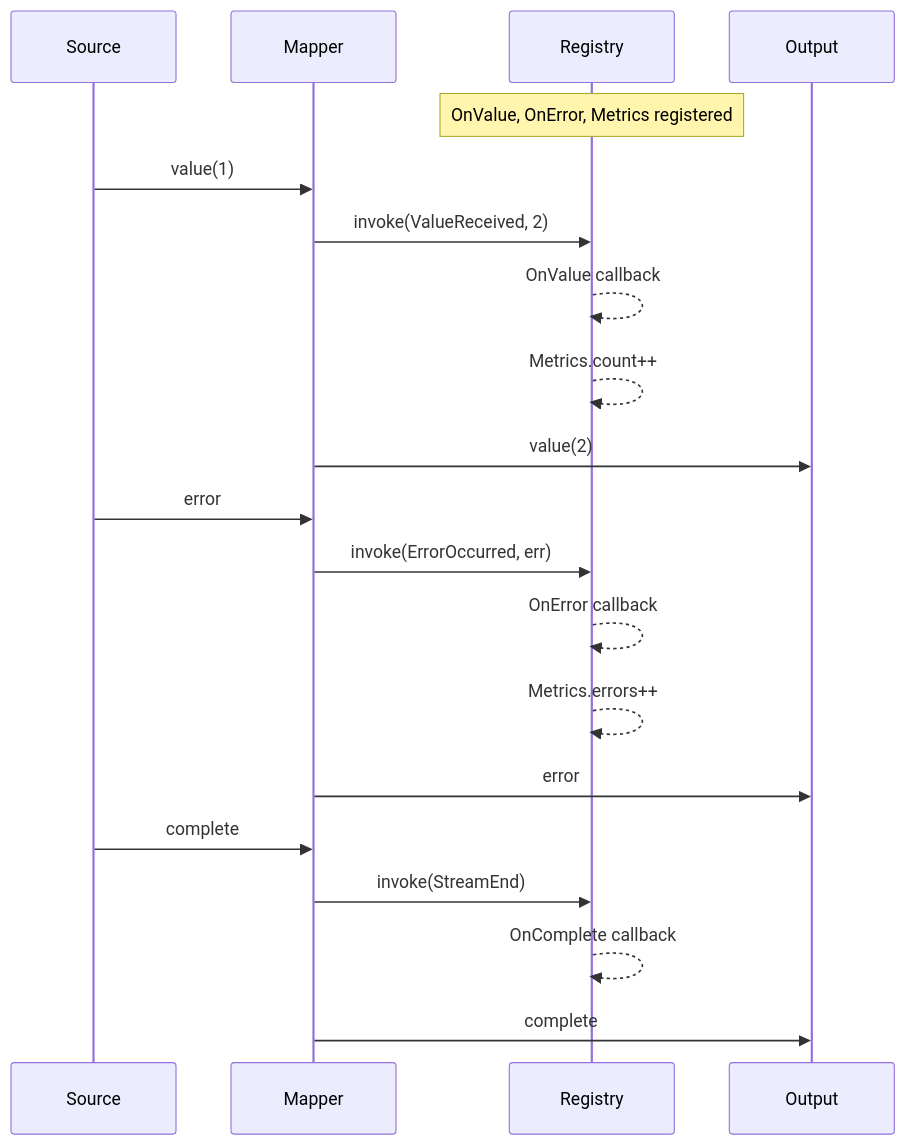
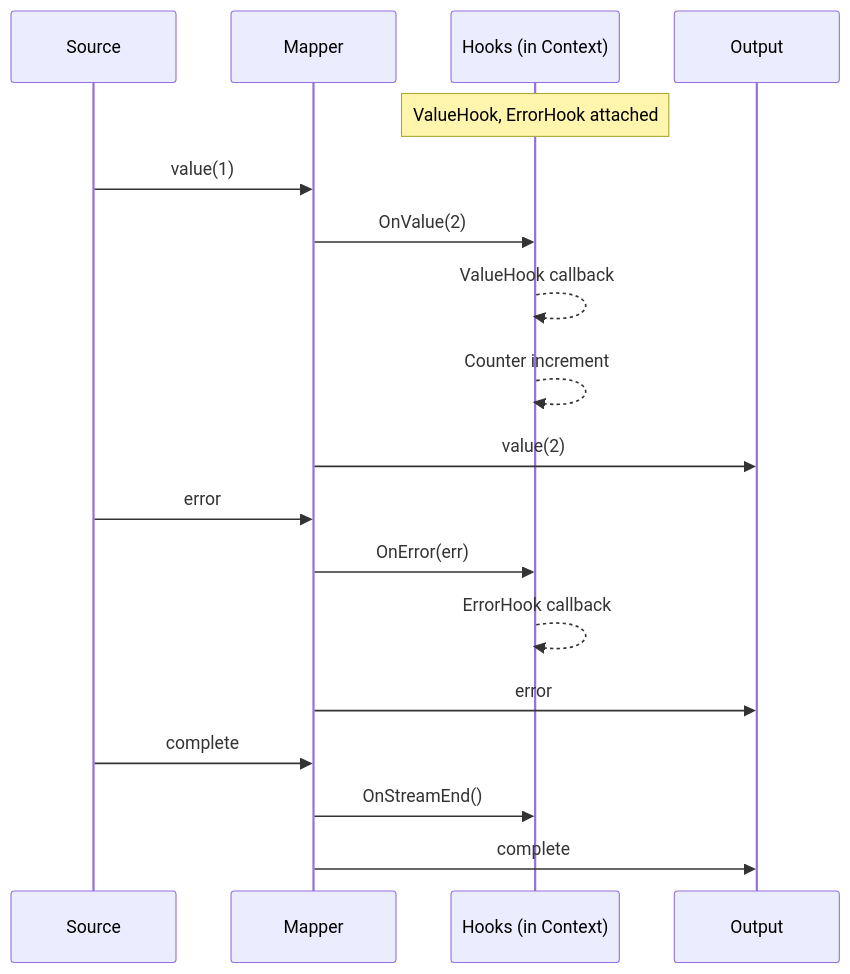
The second of 2 diagrams in flow/observe/README.md (helzpont/min-flow), drawn with Mermaid before and after one commit. The commit also changed other lines of this file and 26 other files, not shown here.

````diff
--- a/flow/observe/README.md
+++ b/flow/observe/README.md
@@ -159,26 +155,24 @@
 ```mermaid
 sequenceDiagram
     participant S as Source
     participant M as Mapper
-    participant R as Registry
+    participant H as Hooks (in Context)
     participant O as Output
 
-    Note over R: OnValue, OnError, Metrics registered
+    Note over H: ValueHook, ErrorHook attached
 
     S->>M: value(1)
-    M->>R: invoke(ValueReceived, 2)
-    R-->>R: OnValue callback
-    R-->>R: Metrics.count++
+    M->>H: OnValue(2)
+    H-->>H: ValueHook callback
+    H-->>H: Counter increment
     M->>O: value(2)
 
     S->>M: error
-    M->>R: invoke(ErrorOccurred, err)
-    R-->>R: OnError callback
-    R-->>R: Metrics.errors++
+    M->>H: OnError(err)
+    H-->>H: ErrorHook callback
     M->>O: error
 
     S->>M: complete
-    M->>R: invoke(StreamEnd)
-    R-->>R: OnComplete callback
+    M->>H: OnStreamEnd()
     M->>O: complete
 ```
````
